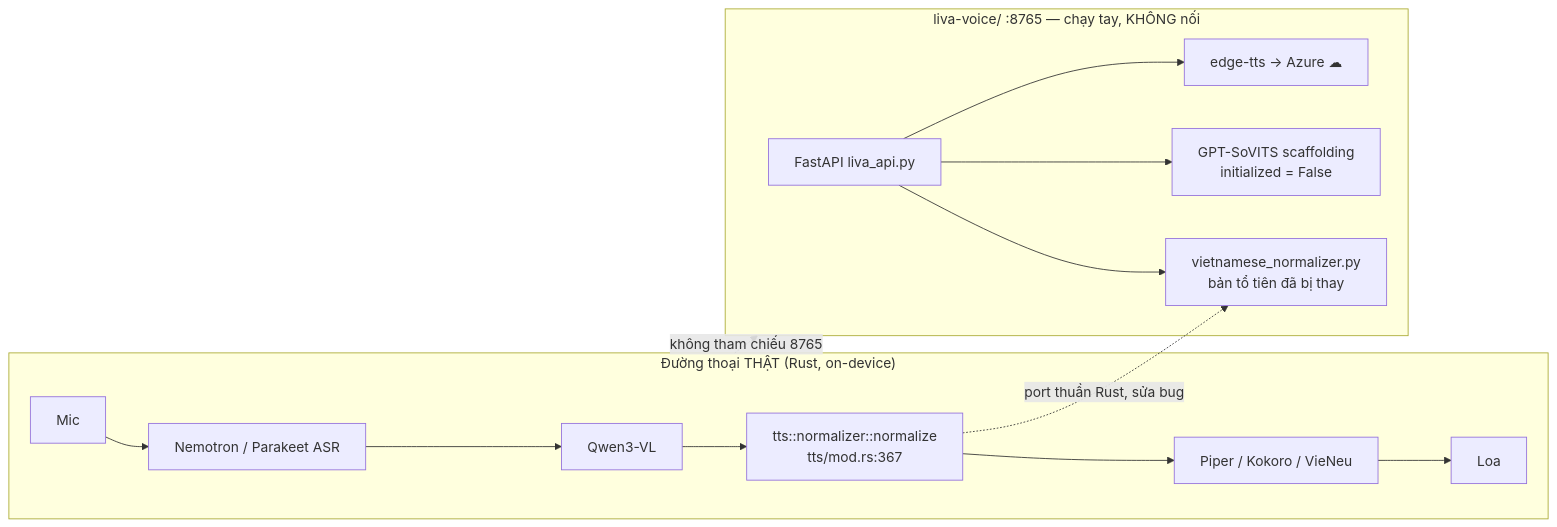
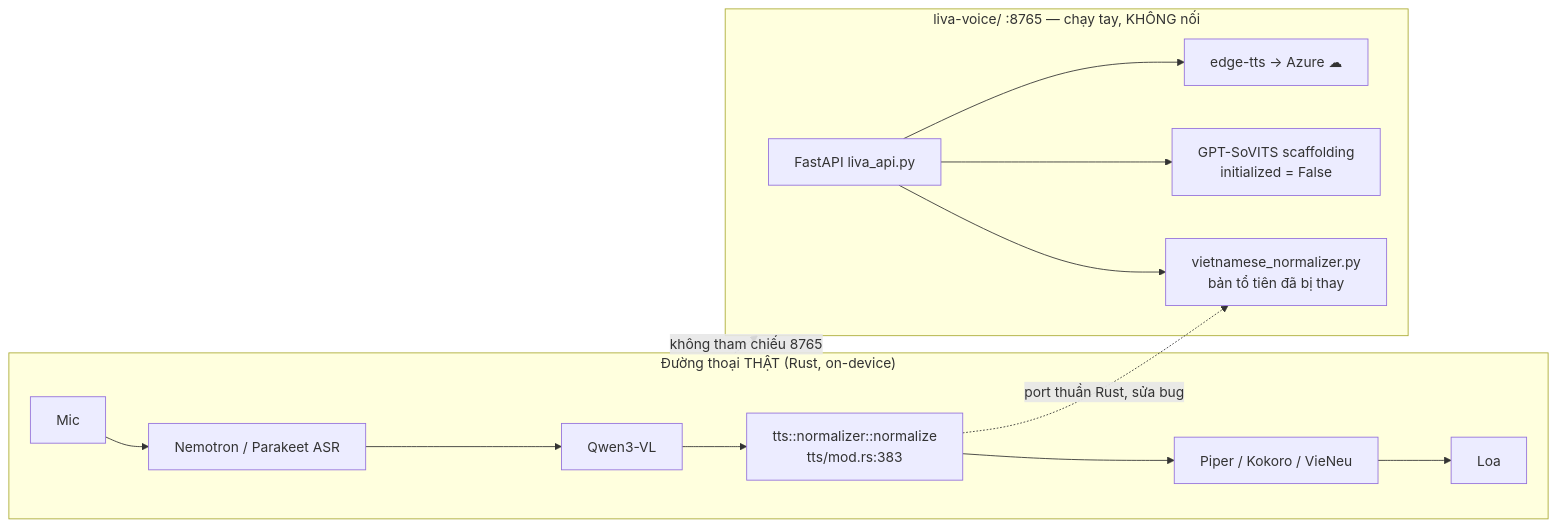
One commit to DuongNAD/LIVA changed the fourth of 4 diagrams in docs/01-ban-ve/09-tich-hop-ngoai.md. Above: the diagram before and after it, drawn with Mermaid. The commit also changed other lines of this file and 11 other files, not shown here.

````diff
--- a/docs/01-ban-ve/09-tich-hop-ngoai.md
+++ b/docs/01-ban-ve/09-tich-hop-ngoai.md
@@ -604,20 +615,20 @@
 ```mermaid
 graph LR
     subgraph REAL["Đường thoại THẬT (Rust, on-device)"]
         MIC["Mic"] --> ASR["Nemotron / Parakeet ASR"]
         ASR --> LLM["Qwen3-VL"]
-        LLM --> NORM["tts::normalizer::normalize<br/>tts/mod.rs:367"]
+        LLM --> NORM["tts::normalizer::normalize<br/>tts/mod.rs:383"]
         NORM --> TTS["Piper / Kokoro / VieNeu"]
         TTS --> SPK["Loa"]
     end
 
     subgraph SANDBOX["liva-voice/ :8765 — chạy tay, KHÔNG nối"]
         API["FastAPI liva_api.py"]
         API --> ETTS["edge-tts → Azure ☁"]
         API --> GS["GPT-SoVITS scaffolding<br/>initialized = False"]
         API --> PYN["vietnamese_normalizer.py<br/>bản tổ tiên đã bị thay"]
     end
 
     REAL -.->|"không tham chiếu 8765"| SANDBOX
     NORM -.->|"port thuần Rust, sửa bug"| PYN
 ```
````
